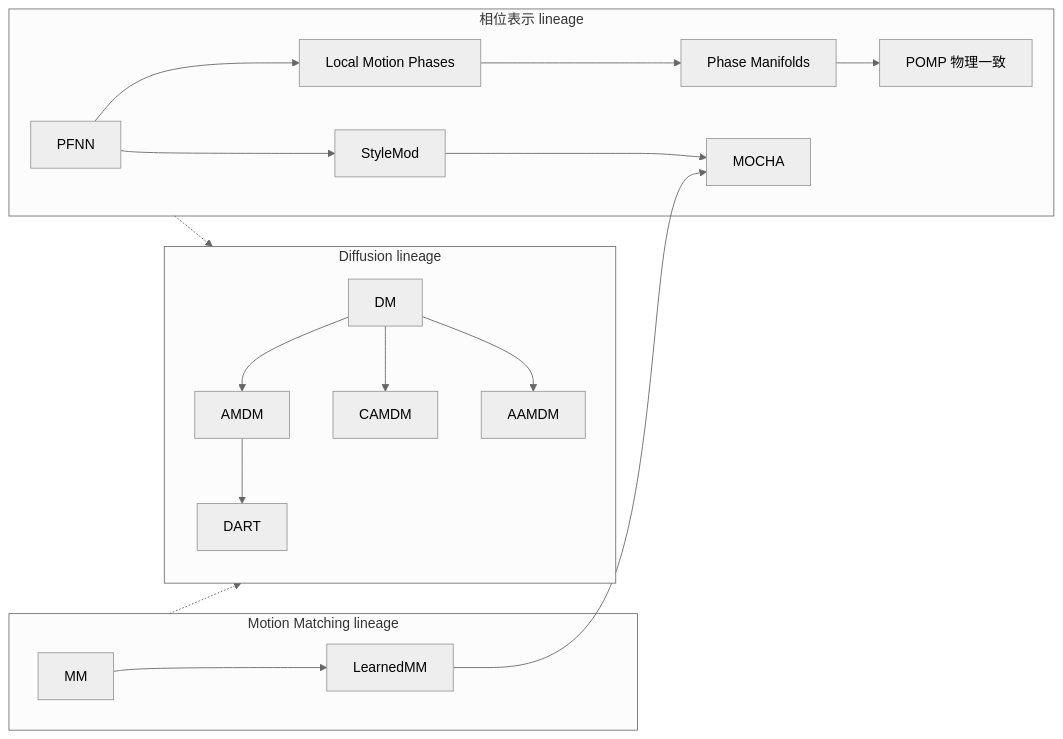
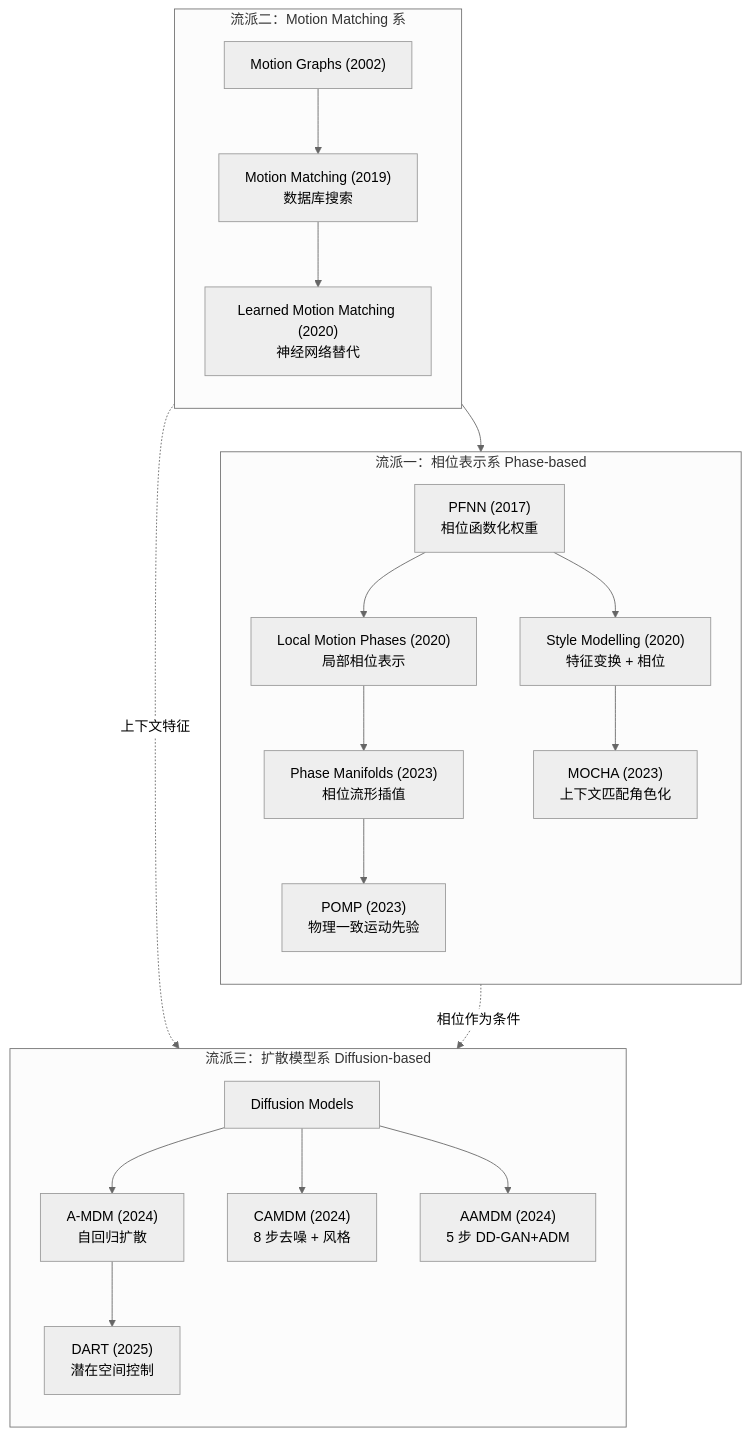
One commit to CaterpillarStudyGroup/GAMES105_mdbook changed the first of 26 diagrams in src/Locomotion_Survey.md. Above: the diagram before and after it, drawn with Mermaid (neutral theme). The commit also changed other lines of this file, not shown here.

````diff
--- a/src/Locomotion_Survey.md
+++ b/src/Locomotion_Survey.md
@@ -56,25 +42,29 @@
 ```mermaid
-flowchart LR
-    subgraph Phase["相位表示 lineage"]
-        PFNN --> LocalPhases["Local Motion Phases"]
-        PFNN --> StyleMod
-        LocalPhases --> PhaseManifolds["Phase Manifolds"]
-        PhaseManifolds --> POMP["POMP 物理一致"]
-        StyleMod --> MOCHA
+flowchart TB
+    subgraph Phase["流派一：相位表示系 Phase-based"]
+        direction TB
+        PFNN["PFNN (2017)<br/>相位函数化权重"] --> LP["Local Motion Phases (2020)<br/>局部相位表示"]
+        PFNN --> SM["Style Modelling (2020)<br/>特征变换 + 相位"]
+        LP --> PM["Phase Manifolds (2023)<br/>相位流形插值"]
+        SM --> MOCHA["MOCHA (2023)<br/>上下文匹配角色化"]
+        PM --> POMP["POMP (2023)<br/>物理一致运动先验"]
     end
 
-    subgraph Matching["Motion Matching lineage"]
-        MM --> LearnedMM
-        LearnedMM --> MOCHA
+    subgraph MM["流派二：Motion Matching 系"]
+        direction TB
+        MG["Motion Graphs (2002)"] --> MM0["Motion Matching (2019)<br/>数据库搜索"]
+        MM0 --> LMM["Learned Motion Matching (2020)<br/>神经网络替代"]
+        LMM --> MOCHA
     end
 
-    subgraph Diffusion["Diffusion lineage"]
-        DM --> AMDM
-        DM --> CAMDM
-        DM --> AAMDM
-        AMDM --> DART
+    subgraph Diff["流派三：扩散模型系 Diffusion-based"]
+        direction TB
+        DM["Diffusion Models"] --> AMDM["A-MDM (2024)<br/>自回归扩散"]
+        DM --> CAMDM["CAMDM (2024)<br/>8 步去噪 + 风格"]
+        DM --> AAMDM["AAMDM (2024)<br/>5 步 DD-GAN+ADM"]
+        AMDM --> DART["DART (2025)<br/>潜在空间控制"]
     end
 
-    Phase -.-> Diffusion
-    Matching -.-> Diffusion
+    Phase -.->|相位作为条件 | Diff
+    MM -.->|上下文特征 | Diff
 ```
````
